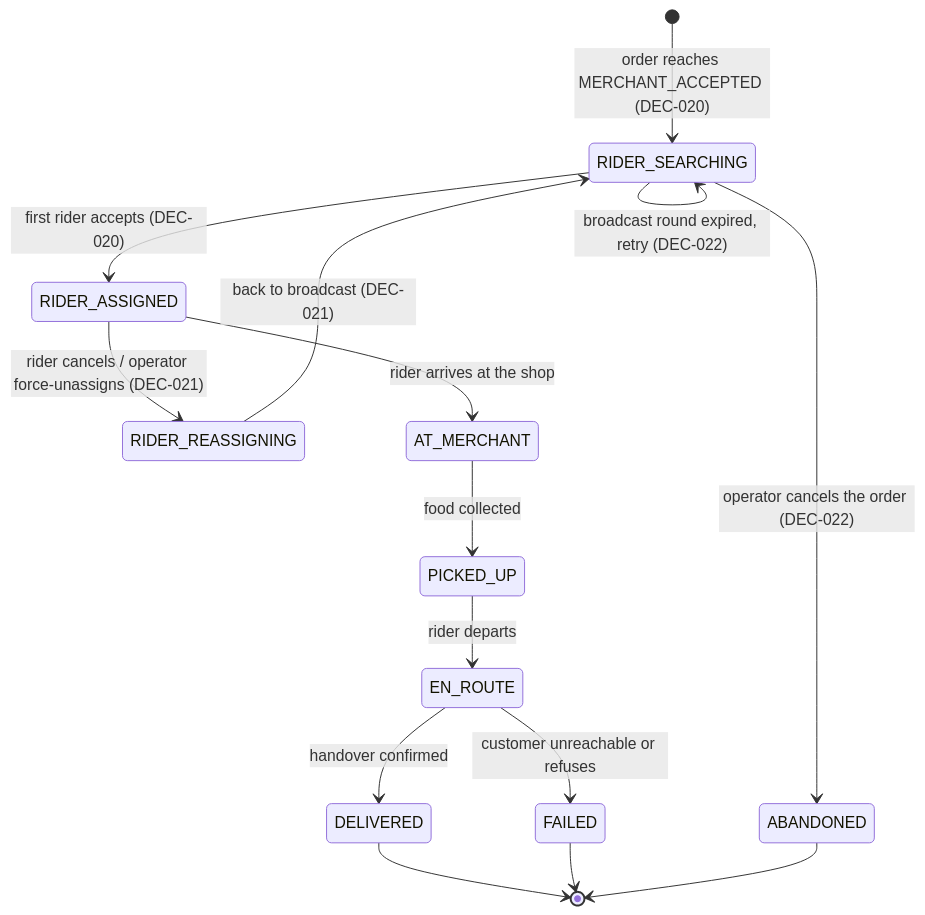
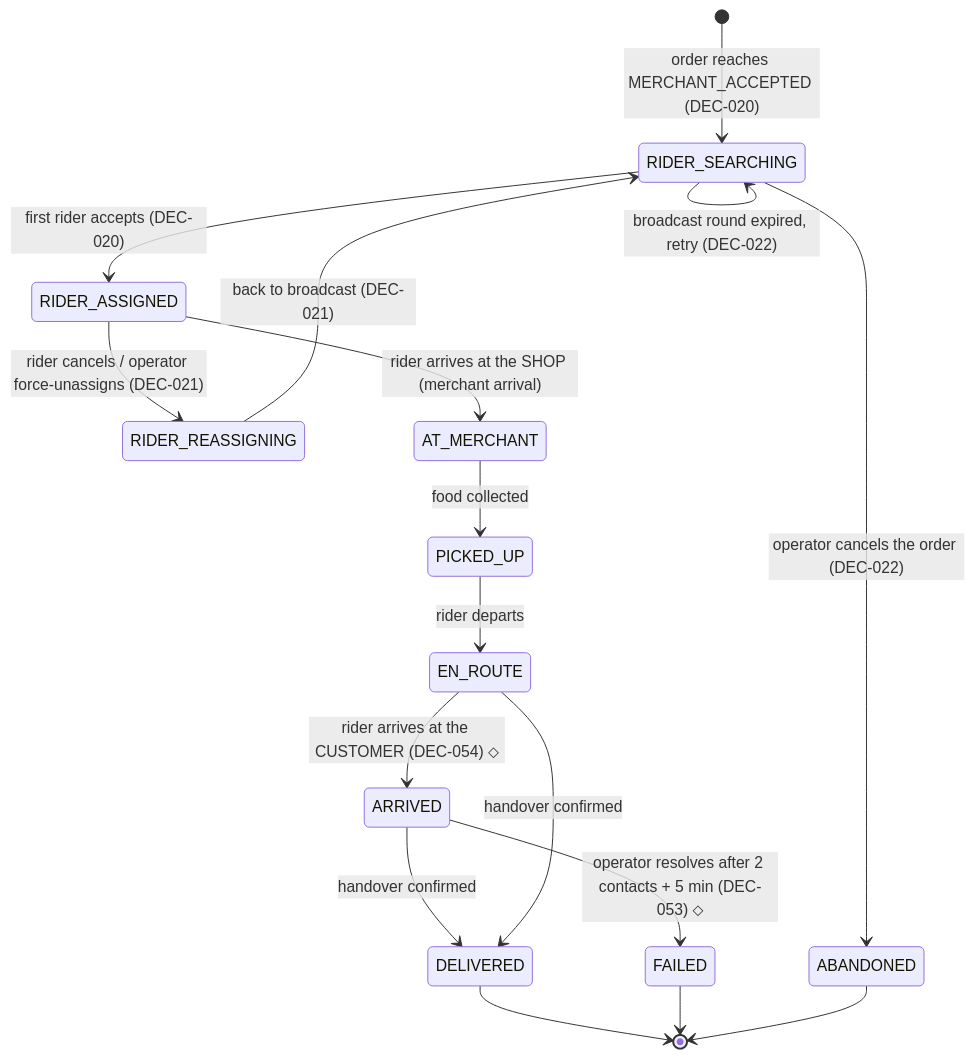
One commit to kmandev/banhao-design changed the third of 3 diagrams in docs/RIDER_LIFECYCLE.md. Above: the diagram before and after it, drawn with Mermaid. The commit also changed other lines of this file and 6 other files, not shown here.

````diff
--- a/docs/RIDER_LIFECYCLE.md
+++ b/docs/RIDER_LIFECYCLE.md
@@ -115,17 +115,19 @@
 ```mermaid
 stateDiagram-v2
     [*] --> RIDER_SEARCHING : order reaches MERCHANT_ACCEPTED (DEC-020)
     RIDER_SEARCHING --> RIDER_SEARCHING : broadcast round expired, retry (DEC-022)
     RIDER_SEARCHING --> RIDER_ASSIGNED : first rider accepts (DEC-020)
     RIDER_ASSIGNED --> RIDER_REASSIGNING : rider cancels / operator force-unassigns (DEC-021)
     RIDER_REASSIGNING --> RIDER_SEARCHING : back to broadcast (DEC-021)
-    RIDER_ASSIGNED --> AT_MERCHANT : rider arrives at the shop
+    RIDER_ASSIGNED --> AT_MERCHANT : rider arrives at the SHOP (merchant arrival)
     AT_MERCHANT --> PICKED_UP : food collected
     PICKED_UP --> EN_ROUTE : rider departs
+    EN_ROUTE --> ARRIVED : rider arrives at the CUSTOMER (DEC-054) ⬦
+    ARRIVED --> DELIVERED : handover confirmed
+    ARRIVED --> FAILED : operator resolves after 2 contacts + 5 min (DEC-053) ⬦
     EN_ROUTE --> DELIVERED : handover confirmed
-    EN_ROUTE --> FAILED : customer unreachable or refuses
     RIDER_SEARCHING --> ABANDONED : operator cancels the order (DEC-022)
     DELIVERED --> [*]
     FAILED --> [*]
     ABANDONED --> [*]
 ```
````
